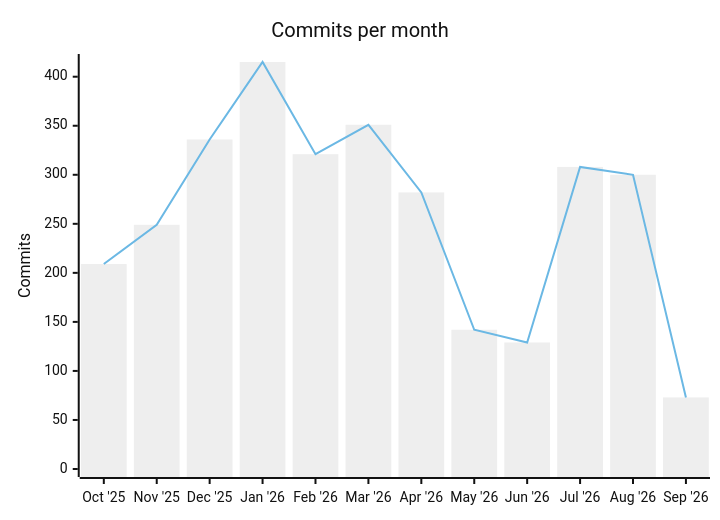
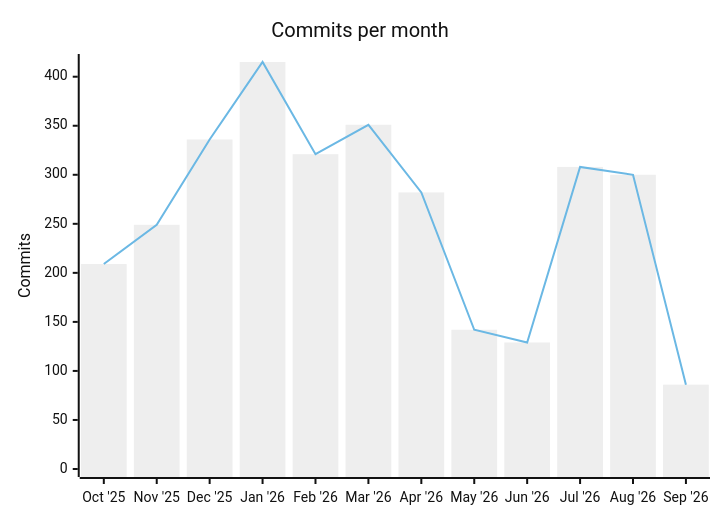
Before and after one commit to soderlind/soderlind: the first of 2 diagrams in README.md, drawn with Mermaid (neutral theme). The commit also changed other lines of this file, not shown here.

Commit message:
Update README plugin listing

````diff
--- a/README.md
+++ b/README.md
@@ -418,8 +418,8 @@
 ```mermaid
 xychart-beta
     title "Commits per month"
     x-axis ["Oct '25", "Nov '25", "Dec '25", "Jan '26", "Feb '26", "Mar '26", "Apr '26", "May '26", "Jun '26", "Jul '26", "Aug '26", "Sep '26"]
     y-axis "Commits" 0 --> 415
-    bar [209, 249, 336, 415, 321, 351, 282, 142, 129, 308, 300, 73]
-    line [209, 249, 336, 415, 321, 351, 282, 142, 129, 308, 300, 73]
+    bar [209, 249, 336, 415, 321, 351, 282, 142, 129, 308, 300, 86]
+    line [209, 249, 336, 415, 321, 351, 282, 142, 129, 308, 300, 86]
 ```
````
